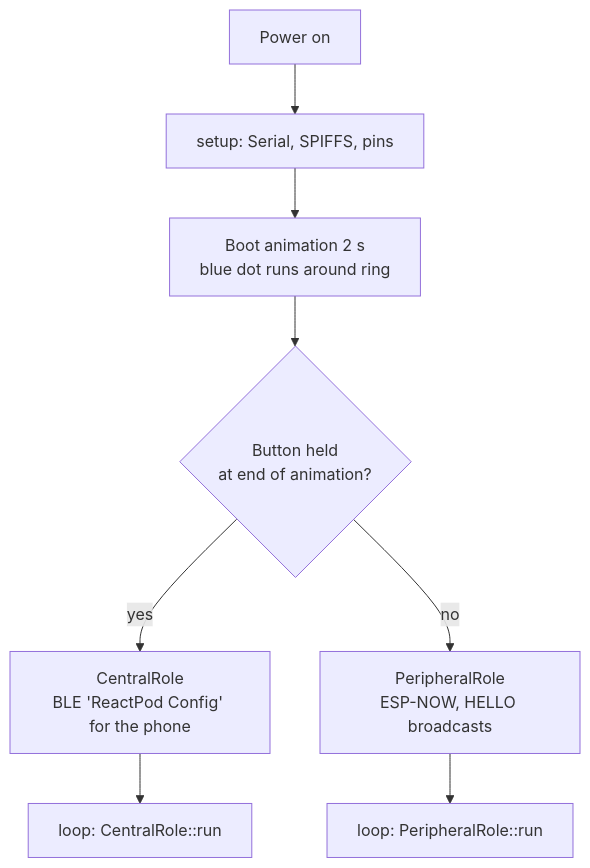
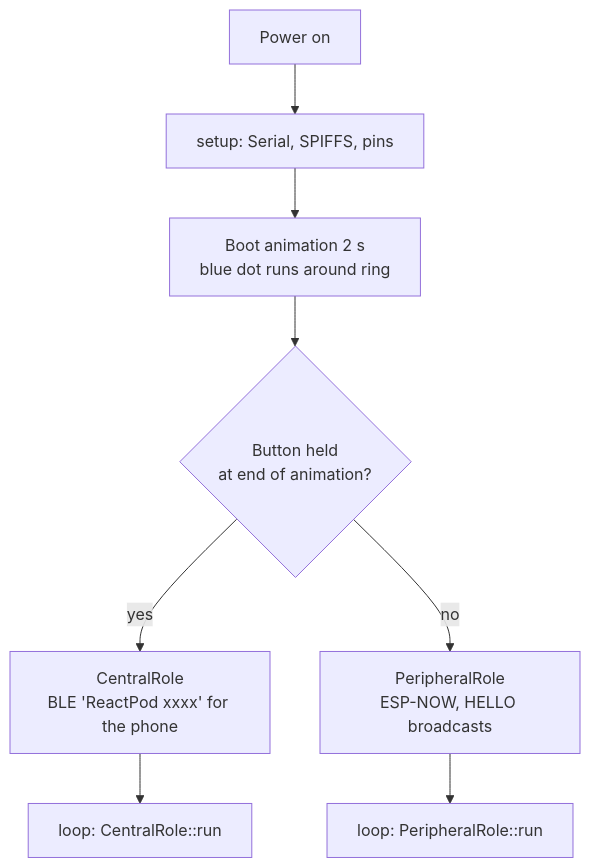
The second of 4 diagrams in doc/architecture.md (RunningJoke/reactionButton), drawn with Mermaid before and after one commit. The commit also changed 13 other files, not shown here.

````diff
--- a/doc/architecture.md
+++ b/doc/architecture.md
@@ -112,10 +112,10 @@
 ```mermaid
 flowchart TD
     A[Power on] --> B[setup: Serial, SPIFFS, pins]
     B --> C[Boot animation 2 s<br/>blue dot runs around ring]
     C --> D{Button held<br/>at end of animation?}
-    D -- yes --> E[CentralRole<br/>BLE 'ReactPod Config' for the phone]
+    D -- yes --> E[CentralRole<br/>BLE 'ReactPod xxxx' for the phone]
     D -- no --> F[PeripheralRole<br/>ESP-NOW, HELLO broadcasts]
     E --> G[loop: CentralRole::run]
     F --> H[loop: PeripheralRole::run]
 ```
````
